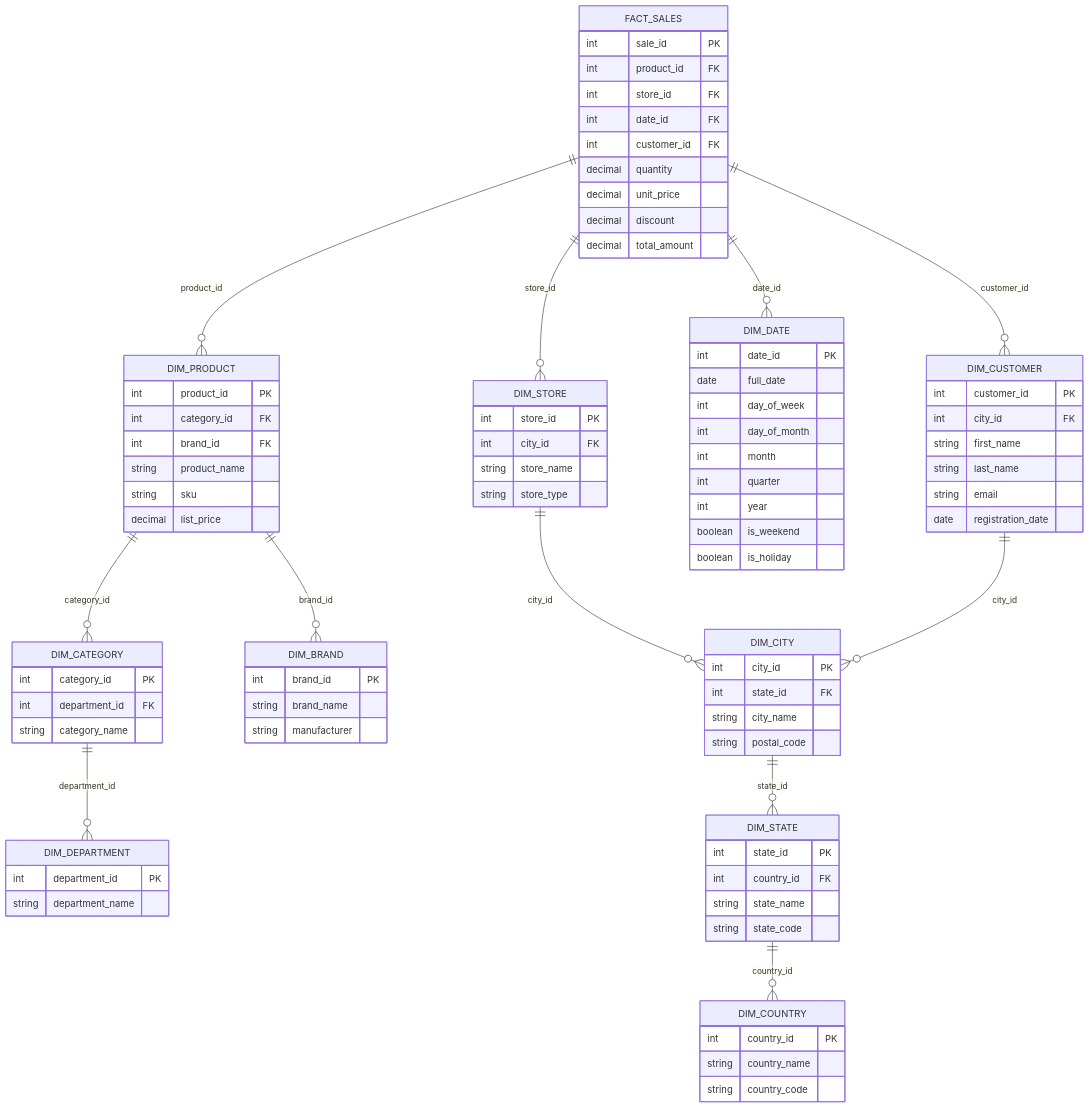
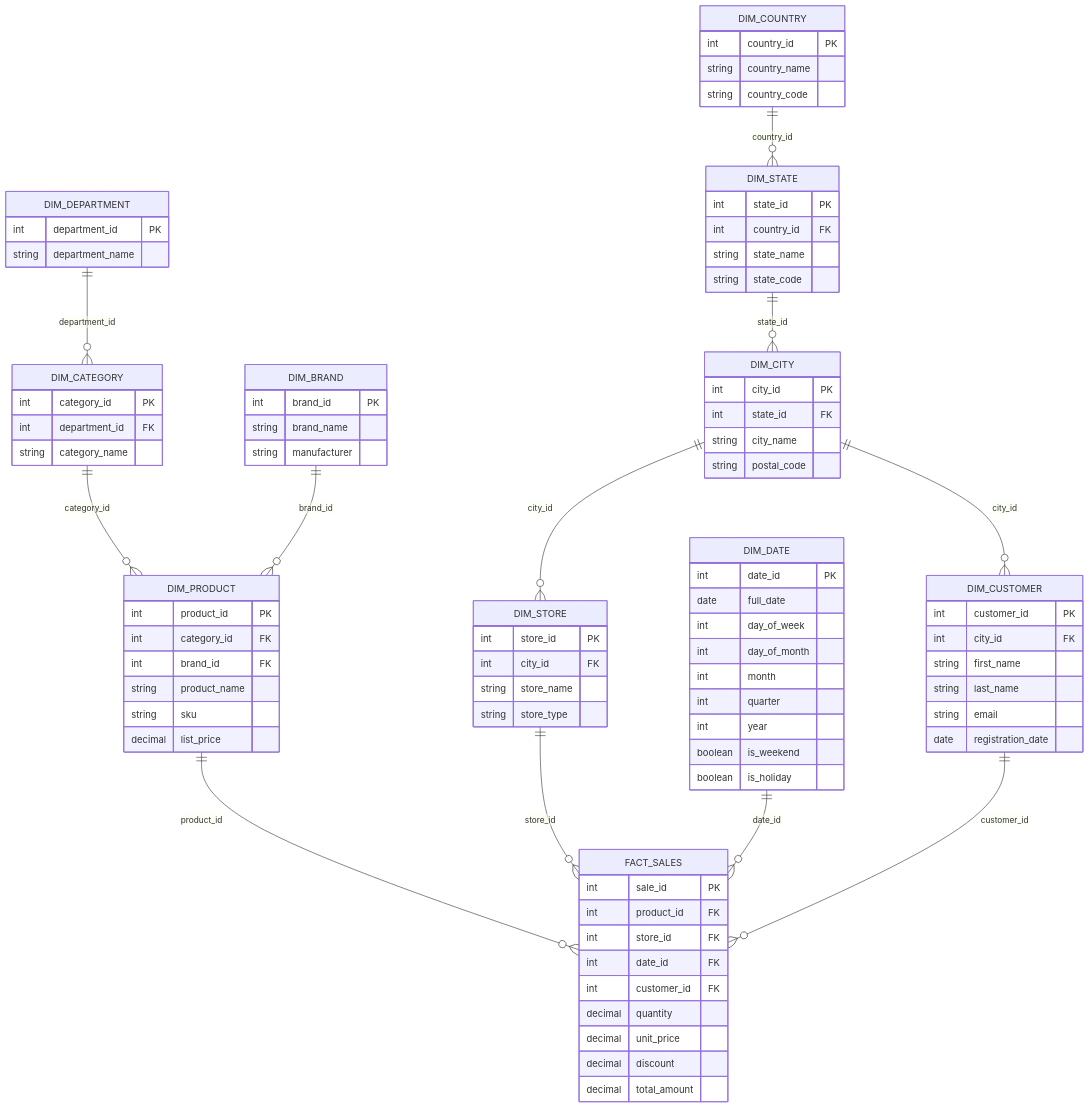
One commit to OneUptime/blog changed the first of 2 diagrams in posts/2026-01-30-data-warehouse-snowflake-schema/README.md. Above: the diagram before and after it, drawn with Mermaid. The commit also changed other lines of this file and 876 other files, not shown here.

````diff
--- a/posts/2026-01-30-data-warehouse-snowflake-schema/README.md
+++ b/posts/2026-01-30-data-warehouse-snowflake-schema/README.md
@@ -29,19 +29,19 @@
 ```mermaid
 erDiagram
-    FACT_SALES ||--o{ DIM_PRODUCT : "product_id"
-    FACT_SALES ||--o{ DIM_STORE : "store_id"
-    FACT_SALES ||--o{ DIM_DATE : "date_id"
-    FACT_SALES ||--o{ DIM_CUSTOMER : "customer_id"
+    DIM_PRODUCT ||--o{ FACT_SALES : "product_id"
+    DIM_STORE ||--o{ FACT_SALES : "store_id"
+    DIM_DATE ||--o{ FACT_SALES : "date_id"
+    DIM_CUSTOMER ||--o{ FACT_SALES : "customer_id"
 
-    DIM_PRODUCT ||--o{ DIM_CATEGORY : "category_id"
-    DIM_PRODUCT ||--o{ DIM_BRAND : "brand_id"
-    DIM_CATEGORY ||--o{ DIM_DEPARTMENT : "department_id"
+    DIM_CATEGORY ||--o{ DIM_PRODUCT : "category_id"
+    DIM_BRAND ||--o{ DIM_PRODUCT : "brand_id"
+    DIM_DEPARTMENT ||--o{ DIM_CATEGORY : "department_id"
 
-    DIM_STORE ||--o{ DIM_CITY : "city_id"
-    DIM_CITY ||--o{ DIM_STATE : "state_id"
-    DIM_STATE ||--o{ DIM_COUNTRY : "country_id"
+    DIM_CITY ||--o{ DIM_STORE : "city_id"
+    DIM_STATE ||--o{ DIM_CITY : "state_id"
+    DIM_COUNTRY ||--o{ DIM_STATE : "country_id"
 
-    DIM_CUSTOMER ||--o{ DIM_CITY : "city_id"
+    DIM_CITY ||--o{ DIM_CUSTOMER : "city_id"
 
     FACT_SALES {
         int sale_id PK
````
